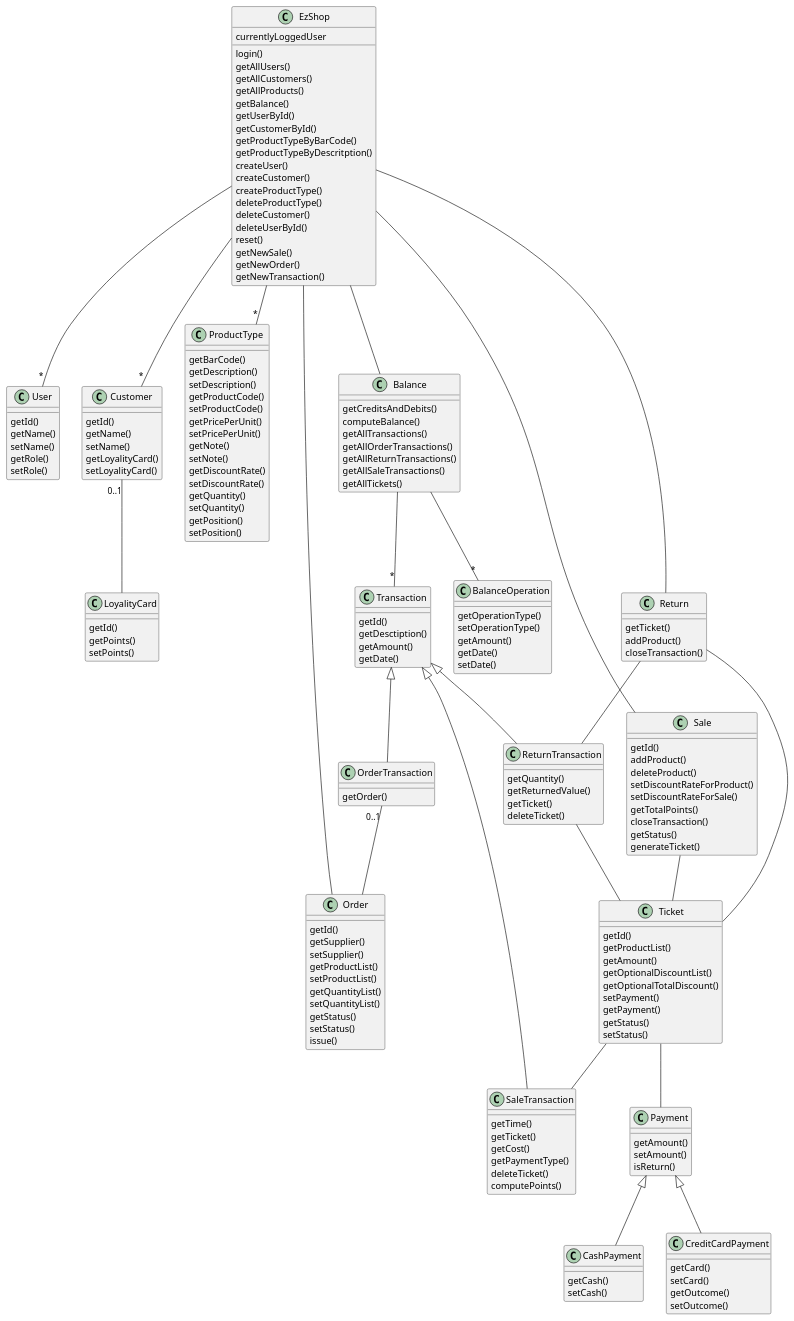
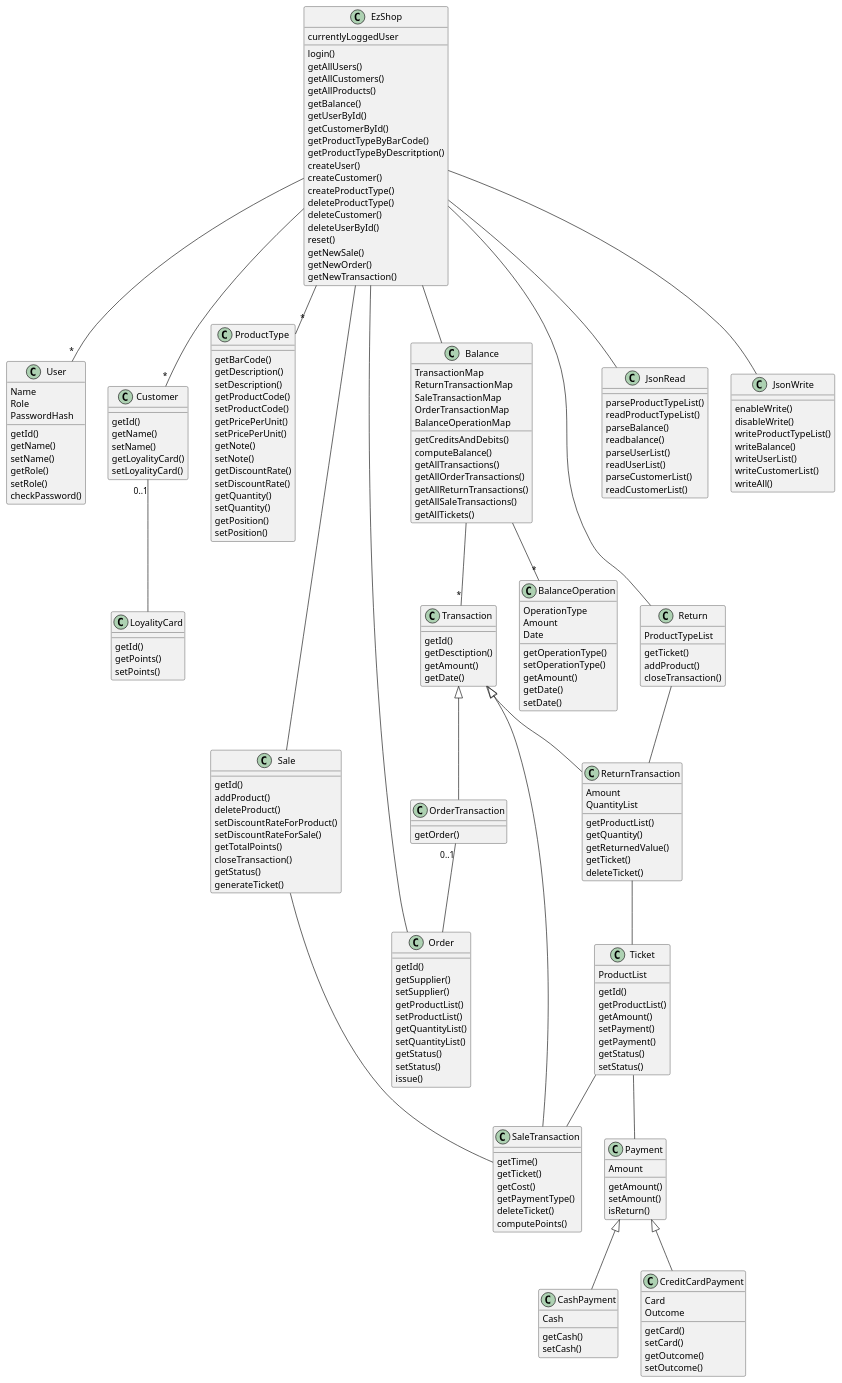
Before and after one commit to paolotron/EzshoProject31: the second of 2 diagrams in Deliverables/DesignDocument.md, drawn with PlantUML.

````diff
--- a/Deliverables/DesignDocument.md
+++ b/Deliverables/DesignDocument.md
@@ -57,5 +57,4 @@
 ```plantuml
-
 
 class EzShop{
     login()
@@ -80,11 +79,15 @@
     currentlyLoggedUser
 }
 class User{
+    Name
+    Role
+    PasswordHash
     getId()
     getName()
     setName()
     getRole()
     setRole()
+    checkPassword()
 }
 class Customer{
     getId()
@@ -154,26 +157,30 @@
     generateTicket()
 }
 class Ticket{
+    ProductList
+    
     getId()
     getProductList()
     getAmount()
-    getOptionalDiscountList()
-    getOptionalTotalDiscount()
     setPayment()
     getPayment()
     getStatus()
     setStatus()
 }
 class Payment{
+    Amount
     getAmount()
     setAmount()
     isReturn()
 }
 class CashPayment{
+    Cash
     getCash()
     setCash()
 }
 class CreditCardPayment{
+    Card
+    Outcome
     getCard()
     setCard()
     getOutcome()
@@ -181,17 +188,26 @@
 }
 
 class ReturnTransaction{
+    Amount
+    QuantityList
+    getProductList()
     getQuantity()
     getReturnedValue()
     getTicket()
     deleteTicket()
 }
 class Return{
+    ProductTypeList
     getTicket()
     addProduct()
     closeTransaction()
 }
 class Balance{
+    TransactionMap
+    ReturnTransactionMap
+    SaleTransactionMap
+    OrderTransactionMap
+    BalanceOperationMap
     getCreditsAndDebits()
     computeBalance()
     getAllTransactions()
@@ -201,6 +217,9 @@
     getAllTickets()
 }
 class BalanceOperation{
+    OperationType
+    Amount
+    Date
     getOperationType()
     setOperationType()
     getAmount()
@@ -210,12 +229,29 @@
 class OrderTransaction{
     getOrder()
 }
+class JsonRead{
+    parseProductTypeList()
+    readProductTypeList()
+    parseBalance()
+    readbalance()
+    parseUserList()
+    readUserList()
+    parseCustomerList()
+    readCustomerList()
+}
+class JsonWrite{
+    enableWrite()
+    disableWrite()
+    writeProductTypeList()
+    writeBalance()
+    writeUserList()
+    writeCustomerList()
+    writeAll()
+}
 Transaction <|-- SaleTransaction
 Transaction <|-- ReturnTransaction
-Sale  -- Ticket
 Ticket -- SaleTransaction
 ReturnTransaction -- Ticket
-Return -- Ticket
 Return -- ReturnTransaction
 Payment <|-- CreditCardPayment
 Payment <|-- CashPayment
@@ -232,6 +268,9 @@
 EzShop -- Order
 EzShop -- Return
 EzShop --  Sale
+Sale -- SaleTransaction
+EzShop -- JsonRead
+EzShop -- JsonWrite
 
 
 ```
````
